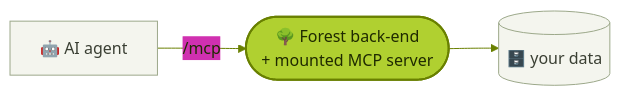
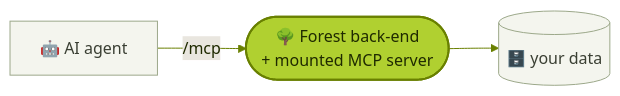
One commit to ForestAdmin/docs changed the tenth of 17 diagrams in legacy/diagram-drafts.mdx. Above: the diagram before and after it, drawn with Mermaid. The commit also changed other lines of this file, not shown here.

Commit message:
docs(diagram-drafts): kill mermaid lavender default (mainBkg neutrals), class the decision node, de-pink danger

````diff
--- a/legacy/diagram-drafts.mdx
+++ b/legacy/diagram-drafts.mdx
@@ -242,14 +250,15 @@
 ```mermaid
 %%{init: {'theme':'base', 'themeVariables': {
+  'mainBkg':'#f6f5ee','secondaryColor':'#e9e6df','tertiaryColor':'#f6f5ee',
   'fontFamily':'Inter, system-ui, sans-serif',
   'primaryColor':'#B0D030','primaryBorderColor':'#698000',
   'primaryTextColor':'#1F2A00','lineColor':'#698000'
 }}}%%
 flowchart LR
     AI["🤖 AI agent"] -->|/mcp| BE(["🌳 Forest back-end<br/>+ mounted MCP server"])
     BE --> DB[("🗄️ your data")]
 
     classDef forest fill:#B0D030,stroke:#698000,stroke-width:2px,color:#1F2A00;
     classDef external fill:#F4F5EE,stroke:#9CA88A,color:#3A3F33;
     class BE forest; class AI,DB external;
 ```
````
